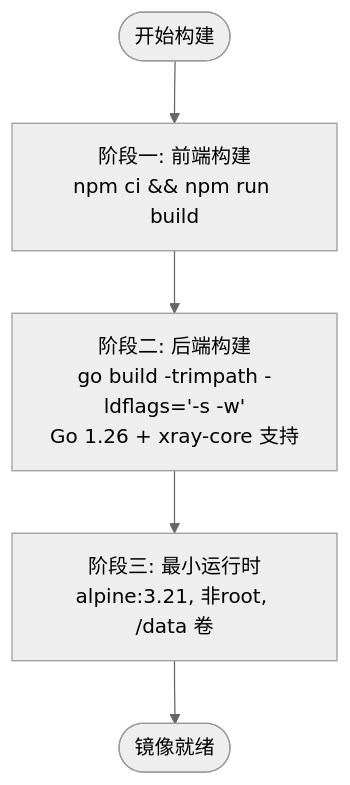
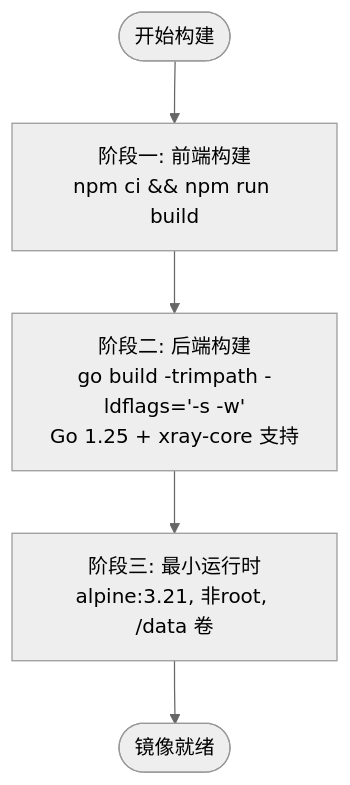
Before and after one commit to AlcaProphet/VPN-Subscription-Management: the third of 10 diagrams in .qoder/repowiki/zh/content/部署与运维/部署与运维.md, drawn with Mermaid (neutral theme). The commit also changed other lines of this file and 7 other files, not shown here.

````diff
--- a/.qoder/repowiki/zh/content/部署与运维/部署与运维.md
+++ b/.qoder/repowiki/zh/content/部署与运维/部署与运维.md
@@ -129,7 +130,7 @@
 ```mermaid
 flowchart TD
 Start(["开始构建"]) --> FE["阶段一: 前端构建<br/>npm ci && npm run build"]
-FE --> BE["阶段二: 后端构建<br/>go build -trimpath -ldflags='-s -w'<br/>Go 1.26 + xray-core 支持"]
+FE --> BE["阶段二: 后端构建<br/>go build -trimpath -ldflags='-s -w'<br/>Go 1.25 + xray-core 支持"]
 BE --> RUNTIME["阶段三: 最小运行时<br/>alpine:3.21, 非root, /data 卷"]
 RUNTIME --> End(["镜像就绪"])
 ```
````
